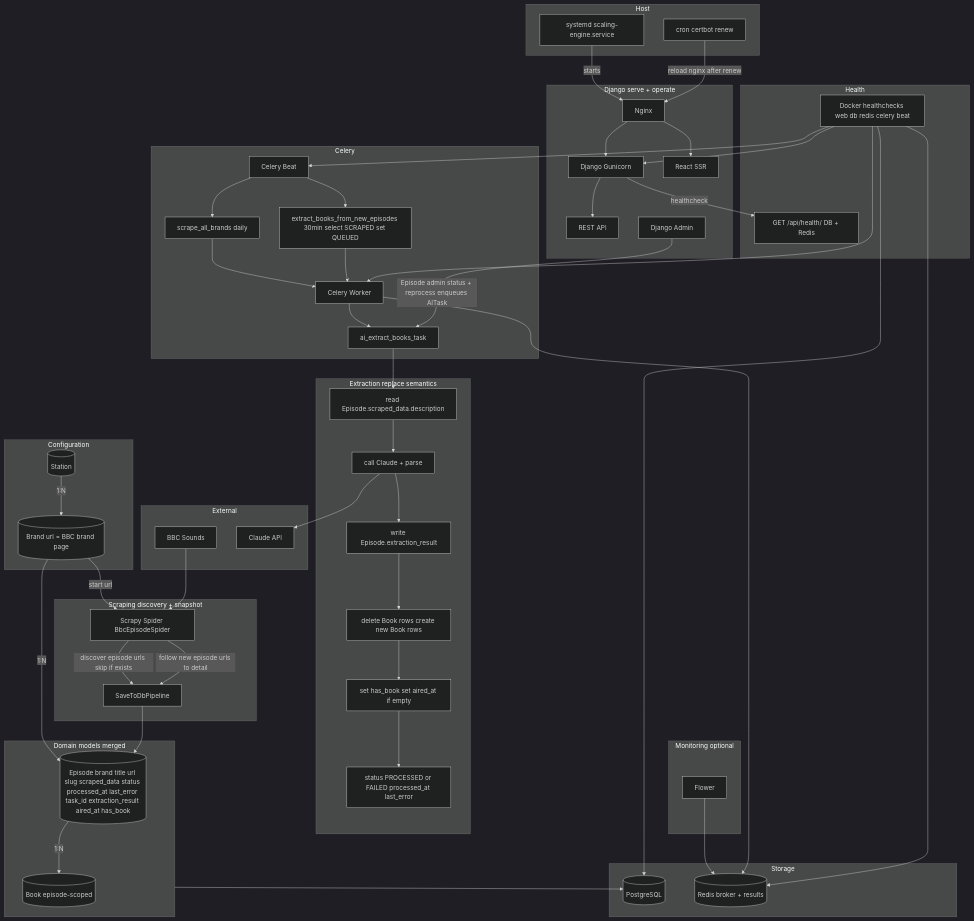
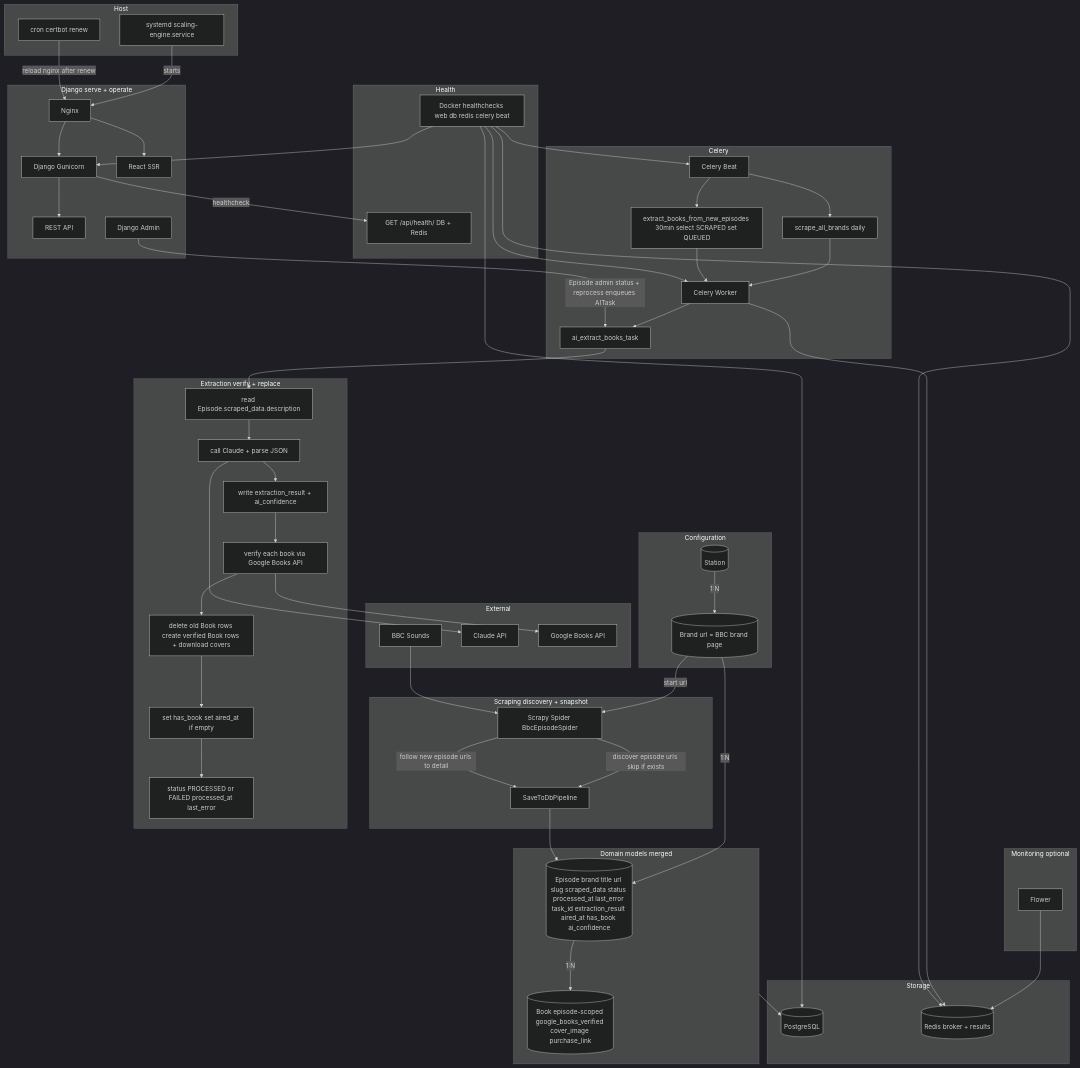
Before and after one commit to seb-thomas/scaling-engine: the first of 2 diagrams in ARCHITECTURE.md, drawn with Mermaid (dark theme). The commit also changed other lines of this file and 2 other files, not shown here.

First line of the commit message:
Google Books verification as gate: skip unverified book candidates

```diff
--- a/ARCHITECTURE.md
+++ b/ARCHITECTURE.md
@@ -61,6 +68,7 @@
   subgraph external [External]
     BBC[BBC Sounds]
     Claude[Claude API]
+    GoogleBooks[Google Books API]
   end
 
   subgraph config [Configuration]
@@ -90,8 +98,8 @@
   end
 
   subgraph models [Domain models merged]
-    Episode[(Episode brand title url slug scraped_data status processed_at last_error task_id extraction_result aired_at has_book)]
-    Book[(Book episode-scoped)]
+    Episode[(Episode brand title url slug scraped_data status processed_at last_error task_id extraction_result aired_at has_book ai_confidence)]
+    Book[(Book episode-scoped google_books_verified cover_image purchase_link)]
     Brand -->|1:N| Episode
     Episode -->|1:N| Book
   end
@@ -114,15 +122,17 @@
     Worker --> AITask
   end
 
-  subgraph extraction [Extraction replace semantics]
+  subgraph extraction [Extraction verify + replace]
     ReadSnap["read Episode.scraped_data.description"]
-    CallAI["call Claude + parse"]
-    SaveResult["write Episode.extraction_result"]
-    ReplaceBooks["delete Book rows create new Book rows"]
+    CallAI["call Claude + parse JSON"]
+    SaveResult["write extraction_result + ai_confidence"]
+    VerifyGB["verify each book via Google Books API"]
+    ReplaceBooks["delete old Book rows create verified Book rows + download covers"]
     UpdateEpisode["set has_book set aired_at if empty"]
     SetStatus["status PROCESSED or FAILED processed_at last_error"]
-    AITask --> ReadSnap --> CallAI --> SaveResult --> ReplaceBooks --> UpdateEpisode --> SetStatus
+    AITask --> ReadSnap --> CallAI --> SaveResult --> VerifyGB --> ReplaceBooks --> UpdateEpisode --> SetStatus
     CallAI --> Claude
+    VerifyGB --> GoogleBooks
   end
 
   subgraph monitoring [Monitoring optional]
```
